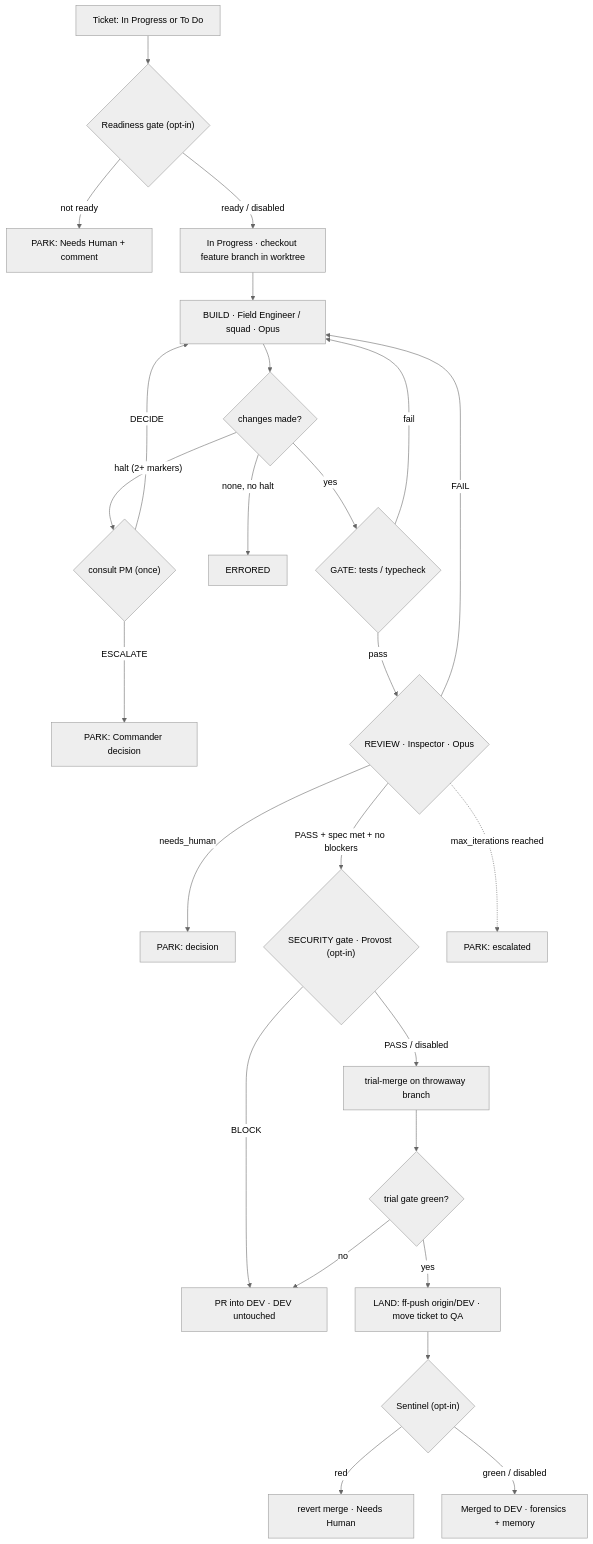
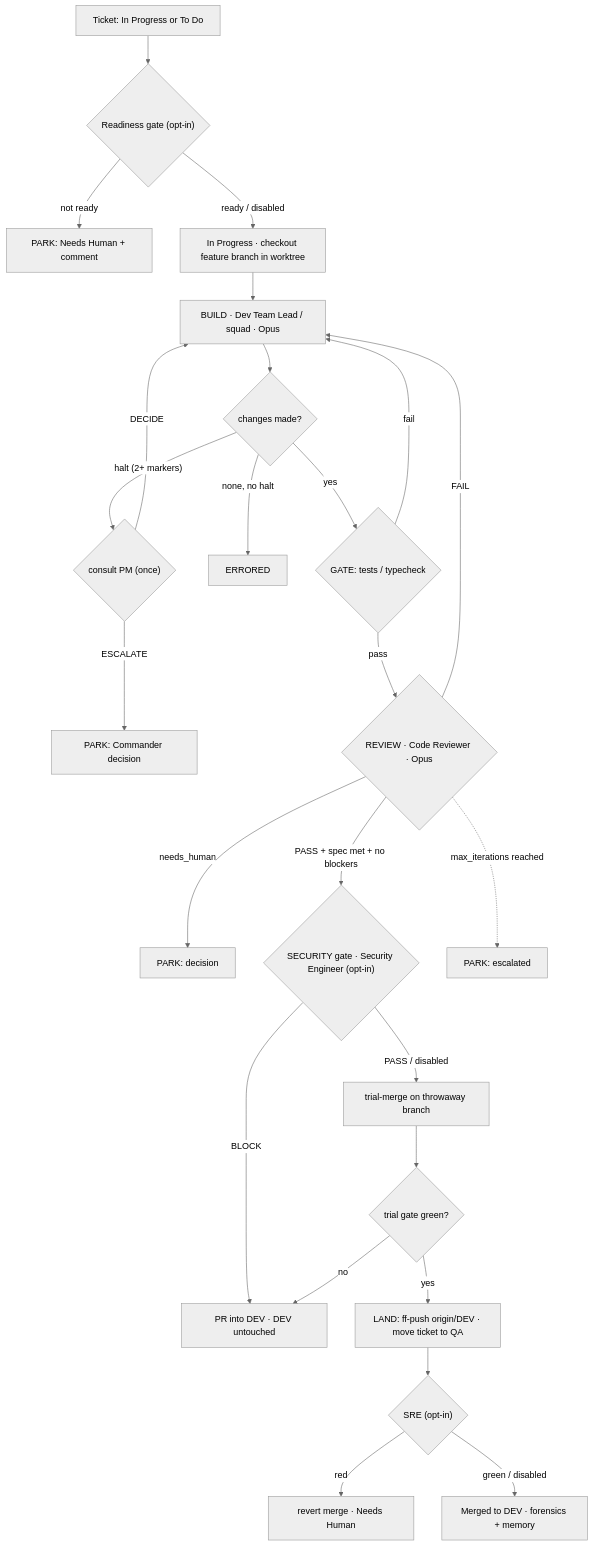
The second of 3 diagrams in Documentation/SYSTEM_OVERVIEW.md (roman-berlin/Elite-Squad), drawn with Mermaid (neutral theme) before and after one commit. The commit also changed other lines of this file, not shown here.

````diff
--- a/Documentation/SYSTEM_OVERVIEW.md
+++ b/Documentation/SYSTEM_OVERVIEW.md
@@ -165,27 +165,27 @@
 ```mermaid
 flowchart TD
   A["Ticket: In Progress or To Do"] --> B{"Readiness gate (opt-in)"}
   B -->|"not ready"| P1["PARK: Needs Human + comment"]
   B -->|"ready / disabled"| C["In Progress · checkout feature branch in worktree"]
-  C --> D["BUILD · Field Engineer / squad · Opus"]
+  C --> D["BUILD · Dev Team Lead / squad · Opus"]
   D --> E{"changes made?"}
   E -->|"halt (2+ markers)"| PM{"consult PM (once)"}
   PM -->|"DECIDE"| D
   PM -->|"ESCALATE"| P2["PARK: Commander decision"]
   E -->|"none, no halt"| ER["ERRORED"]
   E -->|"yes"| F{"GATE: tests / typecheck"}
   F -->|"fail"| D
-  F -->|"pass"| R{"REVIEW · Inspector · Opus"}
+  F -->|"pass"| R{"REVIEW · Code Reviewer · Opus"}
   R -->|"needs_human"| P3["PARK: decision"]
   R -->|"FAIL"| D
-  R -->|"PASS + spec met + no blockers"| S{"SECURITY gate · Provost (opt-in)"}
+  R -->|"PASS + spec met + no blockers"| S{"SECURITY gate · Security Engineer (opt-in)"}
   S -->|"BLOCK"| PR1["PR into DEV · DEV untouched"]
   S -->|"PASS / disabled"| L["trial-merge on throwaway branch"]
   L --> G2{"trial gate green?"}
   G2 -->|"no"| PR1
   G2 -->|"yes"| LAND["LAND: ff-push origin/DEV · move ticket to QA"]
-  LAND --> SEN{"Sentinel (opt-in)"}
+  LAND --> SEN{"SRE (opt-in)"}
   SEN -->|"red"| REV["revert merge · Needs Human"]
   SEN -->|"green / disabled"| DONE["Merged to DEV · forensics + memory"]
   R -.->|"max_iterations reached"| P4["PARK: escalated"]
 ```
````
